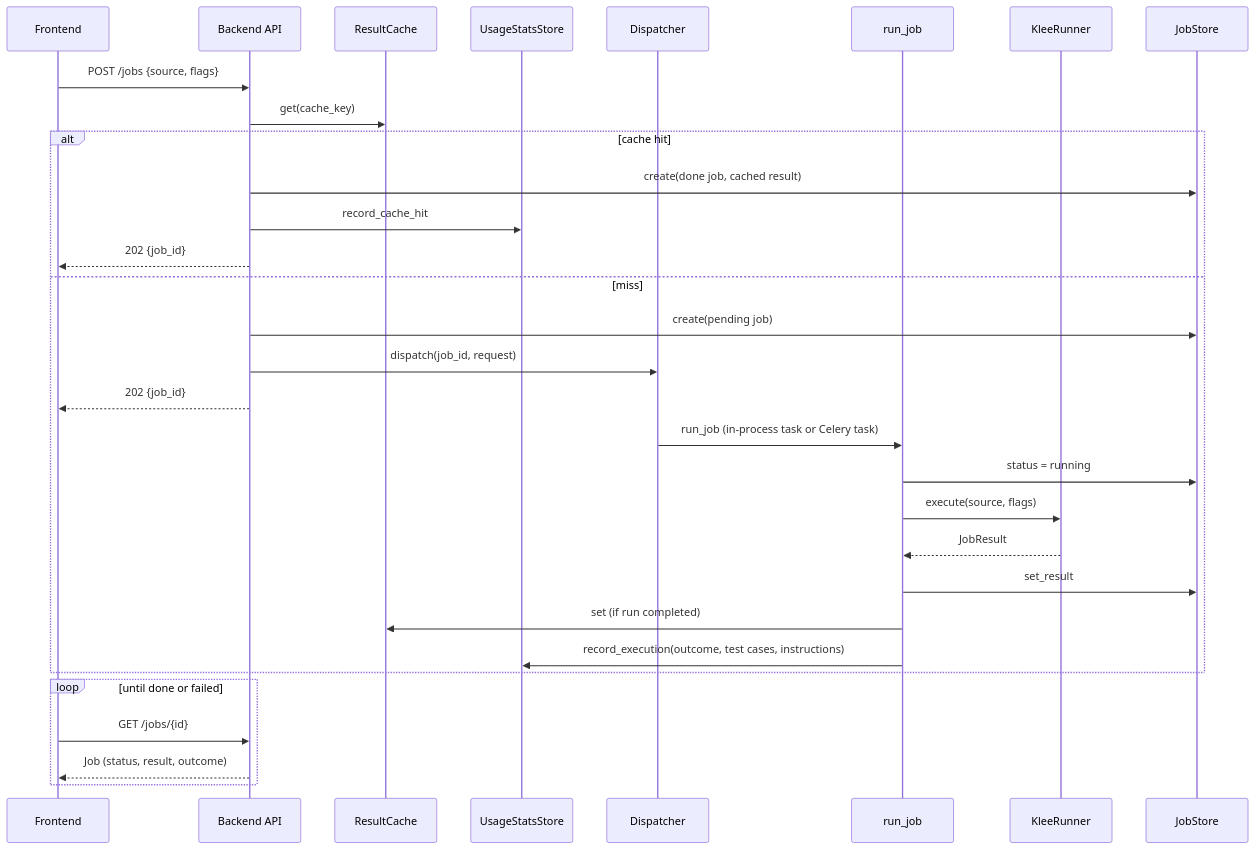
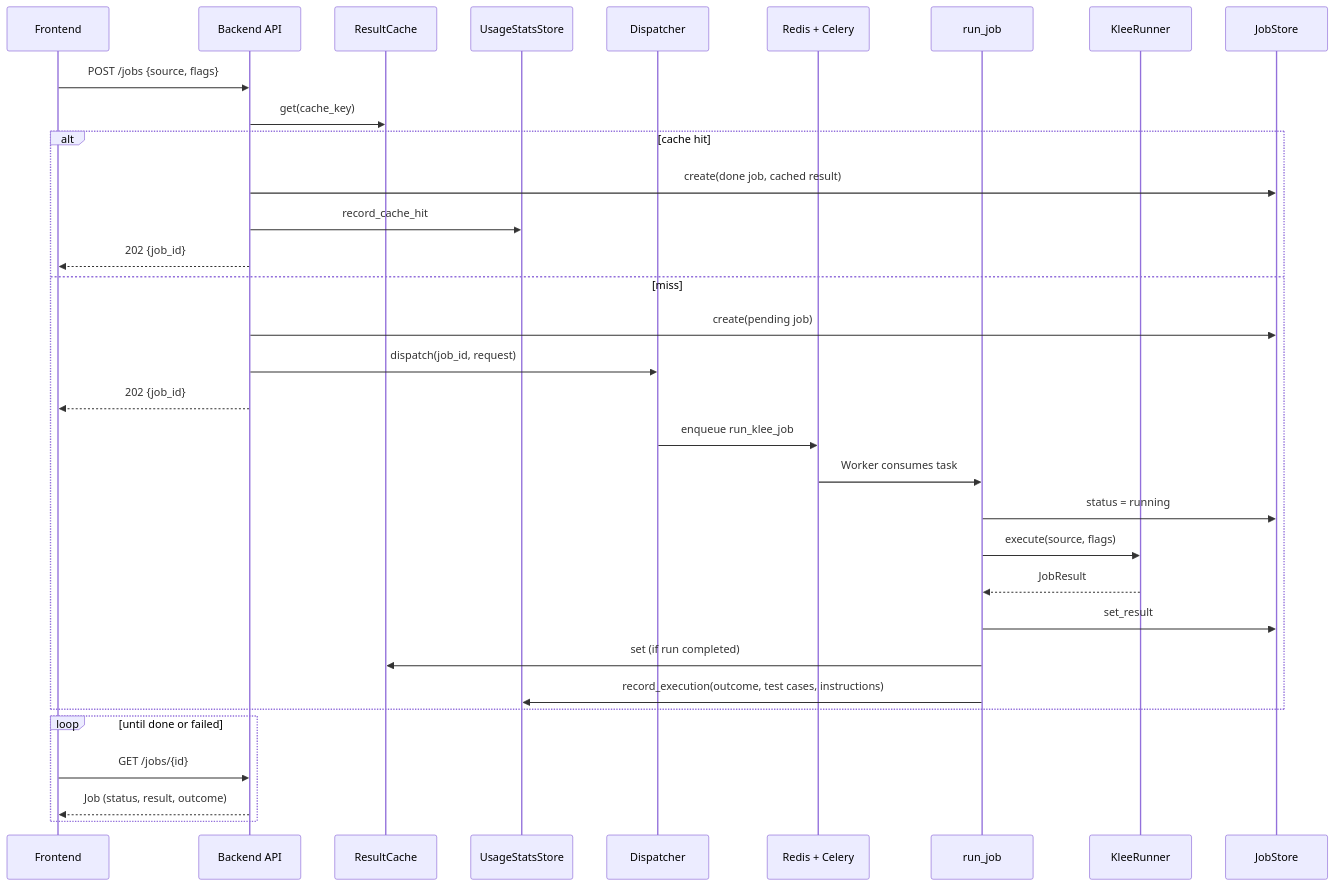
The second of 2 diagrams in docs/architecture.md (FinnLeh/klee-web), drawn with Mermaid before and after one commit. The commit also changed other lines of this file and 14 other files, not shown here.

````diff
--- a/docs/architecture.md
+++ b/docs/architecture.md
@@ -71,34 +70,36 @@
 ```mermaid
 sequenceDiagram
     participant FE as Frontend
     participant API as Backend API
     participant CACHE as ResultCache
     participant USAGE as UsageStatsStore
     participant DISP as Dispatcher
+    participant BROKER as Redis + Celery
     participant W as run_job
     participant RUN as KleeRunner
     participant STORE as JobStore
 
     FE->>API: POST /jobs {source, flags}
     API->>CACHE: get(cache_key)
     alt cache hit
         API->>STORE: create(done job, cached result)
         API->>USAGE: record_cache_hit
         API-->>FE: 202 {job_id}
     else miss
         API->>STORE: create(pending job)
         API->>DISP: dispatch(job_id, request)
         API-->>FE: 202 {job_id}
-        DISP->>W: run_job (in-process task or Celery task)
+        DISP->>BROKER: enqueue run_klee_job
+        BROKER->>W: Worker consumes task
         W->>STORE: status = running
         W->>RUN: execute(source, flags)
         RUN-->>W: JobResult
         W->>STORE: set_result
         W->>CACHE: set (if run completed)
         W->>USAGE: record_execution(outcome, test cases, instructions)
     end
     loop until done or failed
         FE->>API: GET /jobs/{id}
         API-->>FE: Job (status, result, outcome)
     end
 ```
````
